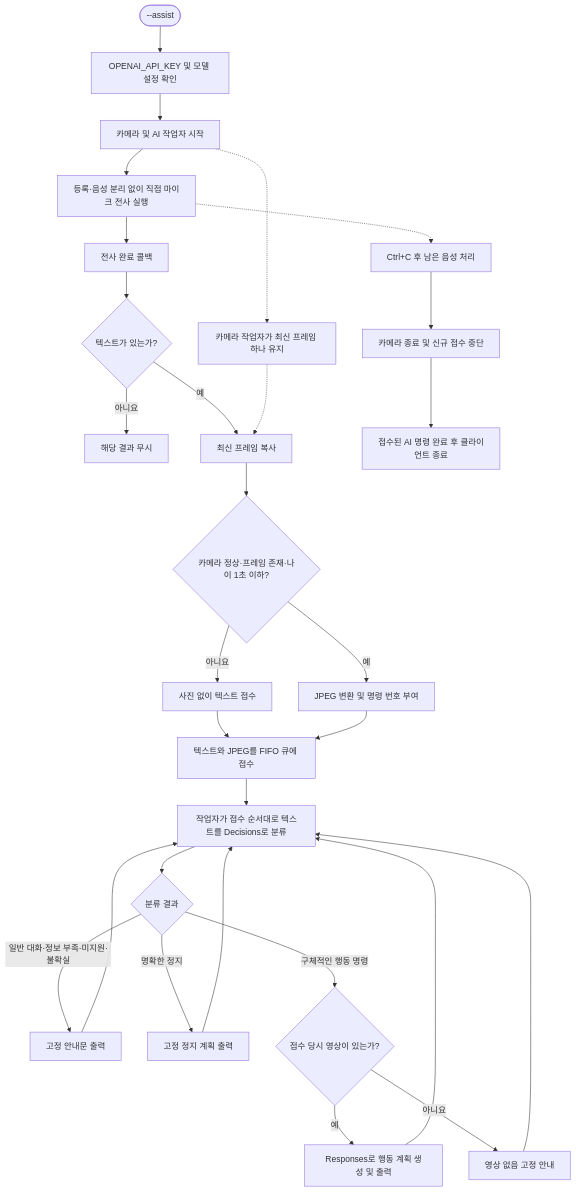
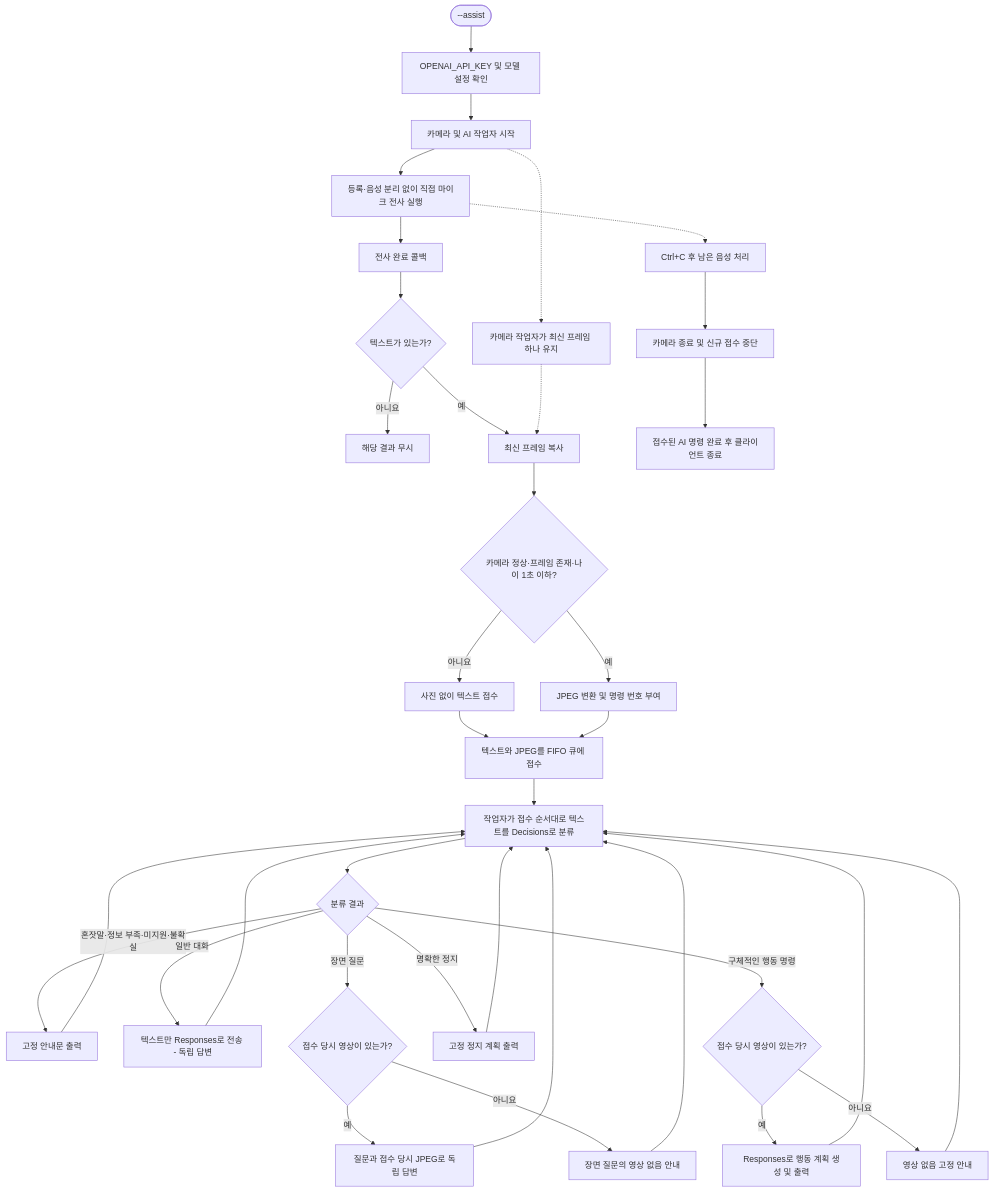
One commit to pyhearts/ROBOTPAL changed the third of 7 diagrams in FLOWCHART.md. Above: the diagram before and after it, drawn with Mermaid. The commit also changed other lines of this file and 17 other files, not shown here.

````diff
--- a/FLOWCHART.md
+++ b/FLOWCHART.md
@@ -64,31 +64,38 @@
 ```mermaid
 flowchart TD
     A([--assist]) --> B[OPENAI_API_KEY 및 모델 설정 확인]
     B --> C[카메라 및 AI 작업자 시작]
     C --> D[등록·음성 분리 없이 직접 마이크 전사 실행]
     C -.-> CAM[카메라 작업자가 최신 프레임 하나 유지]
     D --> E[전사 완료 콜백]
     E --> F{텍스트가 있는가?}
     F -->|아니요| END[해당 결과 무시]
     F -->|예| G[최신 프레임 복사]
     CAM -.-> G
     G --> H{카메라 정상·프레임 존재·나이 1초 이하?}
     H -->|아니요| OPT[사진 없이 텍스트 접수]
     OPT --> J
     H -->|예| I[JPEG 변환 및 명령 번호 부여]
     I --> J[텍스트와 JPEG를 FIFO 큐에 접수]
     J --> K[작업자가 접수 순서대로 텍스트를 Decisions로 분류]
     K --> TYPE{분류 결과}
-    TYPE -->|일반 대화·정보 부족·미지원·불확실| FIX[고정 안내문 출력]
+    TYPE -->|혼잣말·정보 부족·미지원·불확실| FIX[고정 안내문 출력]
+    TYPE -->|일반 대화| CHAT[텍스트만 Responses로 전송 - 독립 답변]
+    TYPE -->|장면 질문| VIMG{접수 당시 영상이 있는가?}
+    VIMG -->|예| VCHAT[질문과 접수 당시 JPEG로 독립 답변]
+    VIMG -->|아니요| VNO[장면 질문의 영상 없음 안내]
+    CHAT --> K
+    VCHAT --> K
+    VNO --> K
     TYPE -->|명확한 정지| STOPPLAN[고정 정지 계획 출력]
     TYPE -->|구체적인 행동 명령| IMG{접수 당시 영상이 있는가?}
     IMG -->|예| RESP[Responses로 행동 계획 생성 및 출력]
     IMG -->|아니요| NOIMG[영상 없음 고정 안내]
     FIX --> K
     STOPPLAN --> K
     RESP --> K
     NOIMG --> K
     D -.-> STOP[Ctrl+C 후 남은 음성 처리]
     STOP --> CLOSE[카메라 종료 및 신규 접수 중단]
     CLOSE --> DRAIN[접수된 AI 명령 완료 후 클라이언트 종료]
 ```
````
